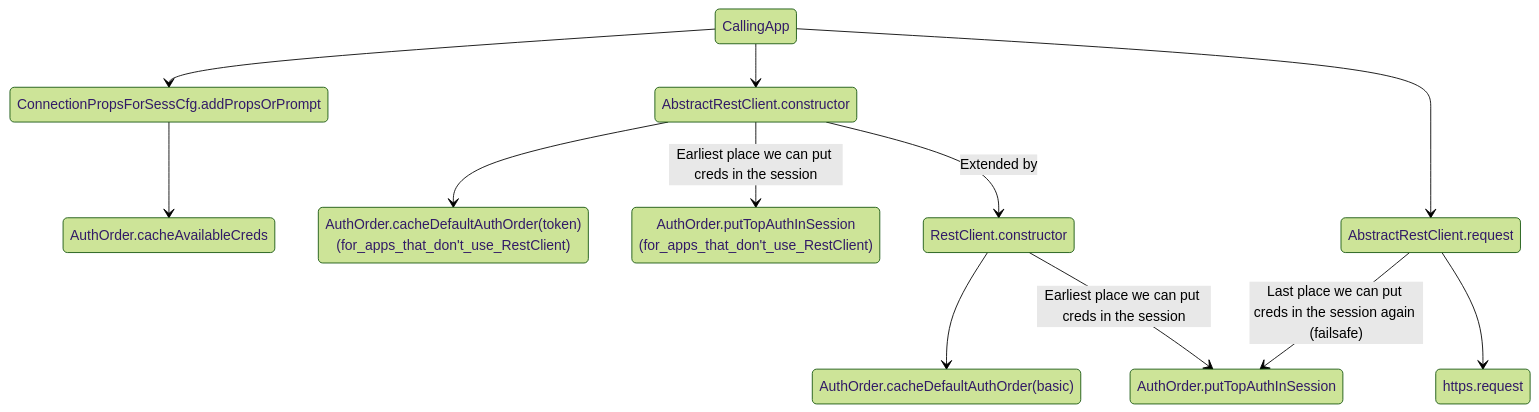
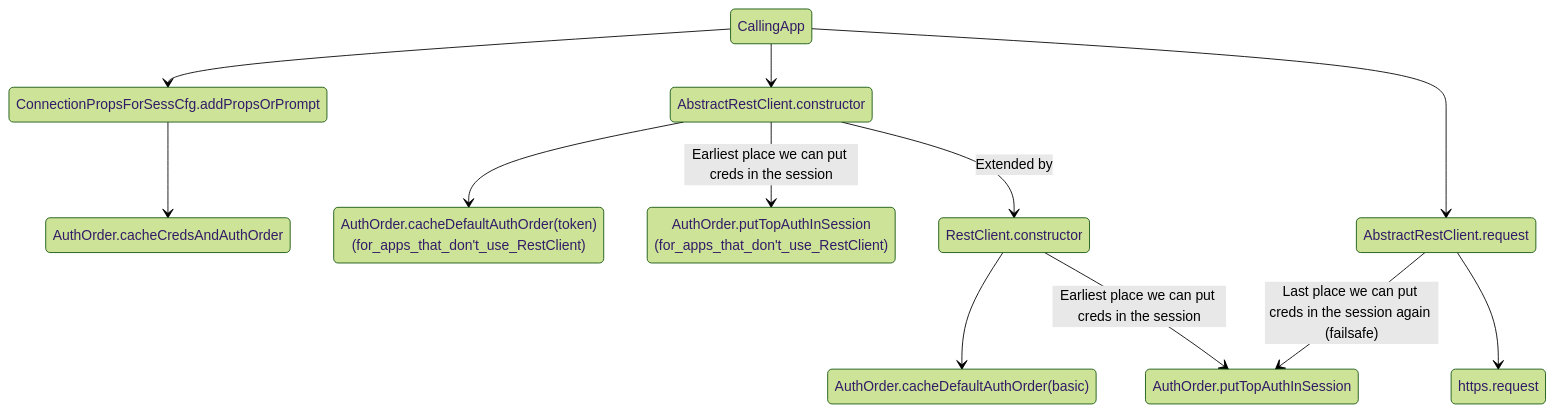
Before and after one commit to zowe/zowe-cli: the diagram in docs/Design_for_selecting_auth_type.md, drawn with Mermaid (forest theme). The commit also changed other lines of this file, not shown here.

First line of the commit message:
Change cacheAvailableCreds to cacheCredsAndAuthOrder

````diff
--- a/docs/Design_for_selecting_auth_type.md
+++ b/docs/Design_for_selecting_auth_type.md
@@ -248,25 +248,25 @@
 ```mermaid
 stateDiagram-v2
 
     CallingApp --> ConnectionPropsForSessCfg.addPropsOrPrompt
 
-    ConnectionPropsForSessCfg.addPropsOrPrompt --> AuthOrder.cacheAvailableCreds
+    ConnectionPropsForSessCfg.addPropsOrPrompt --> AuthOrder.cacheCredsAndAuthOrder
 
     CallingApp --> AbstractRestClient.constructor
 
     AbstractRestClient.constructor --> AuthOrder.cacheDefaultAuthOrder(token)<br/>(for_apps_that_don't_use_RestClient)
 
     AbstractRestClient.constructor --> AuthOrder.putTopAuthInSession<br/>(for_apps_that_don't_use_RestClient): Earliest place we can put creds in the session
 
     AbstractRestClient.constructor --> RestClient.constructor: Extended by
 
     RestClient.constructor --> AuthOrder.cacheDefaultAuthOrder(basic)
 
     RestClient.constructor --> AuthOrder.putTopAuthInSession: Earliest place we can put creds in the session
 
     CallingApp --> AbstractRestClient.request
 
     AbstractRestClient.request --> AuthOrder.putTopAuthInSession: Last place we can put creds in the session again (failsafe)
 
     AbstractRestClient.request --> https.request
 ```
````
